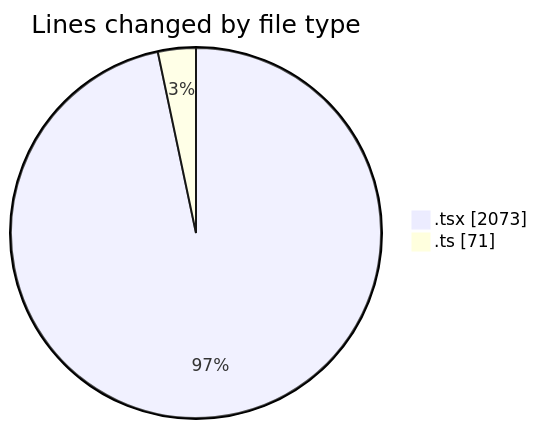
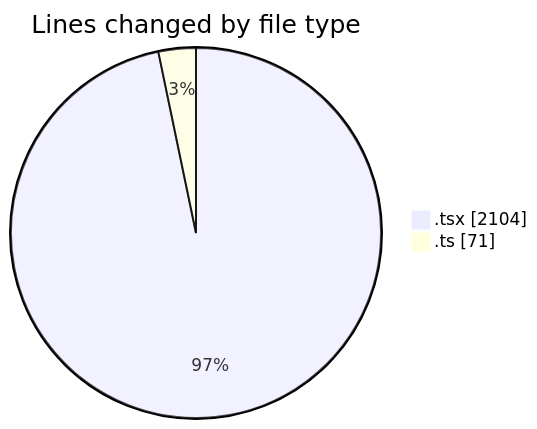
Before and after one commit to momahboobian/code-tracking: the first of 2 diagrams in 2025-02-11/cda/README.md, drawn with Mermaid. The commit also changed other lines of this file and 1 other file, not shown here.

````diff
--- a/2025-02-11/cda/README.md
+++ b/2025-02-11/cda/README.md
@@ -23,6 +23,6 @@
 ```mermaid
 pie showData
 title Lines changed by file type
-".tsx" : 2073
+".tsx" : 2104
 ".ts" : 71
 ```
````
